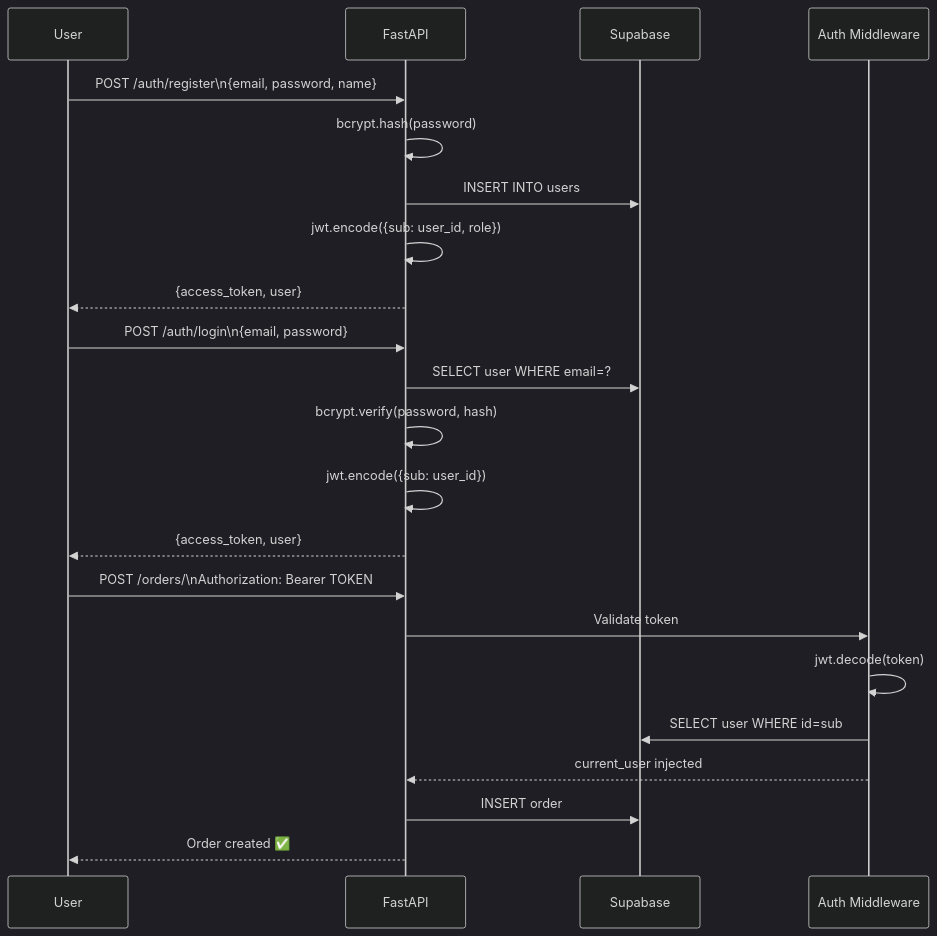
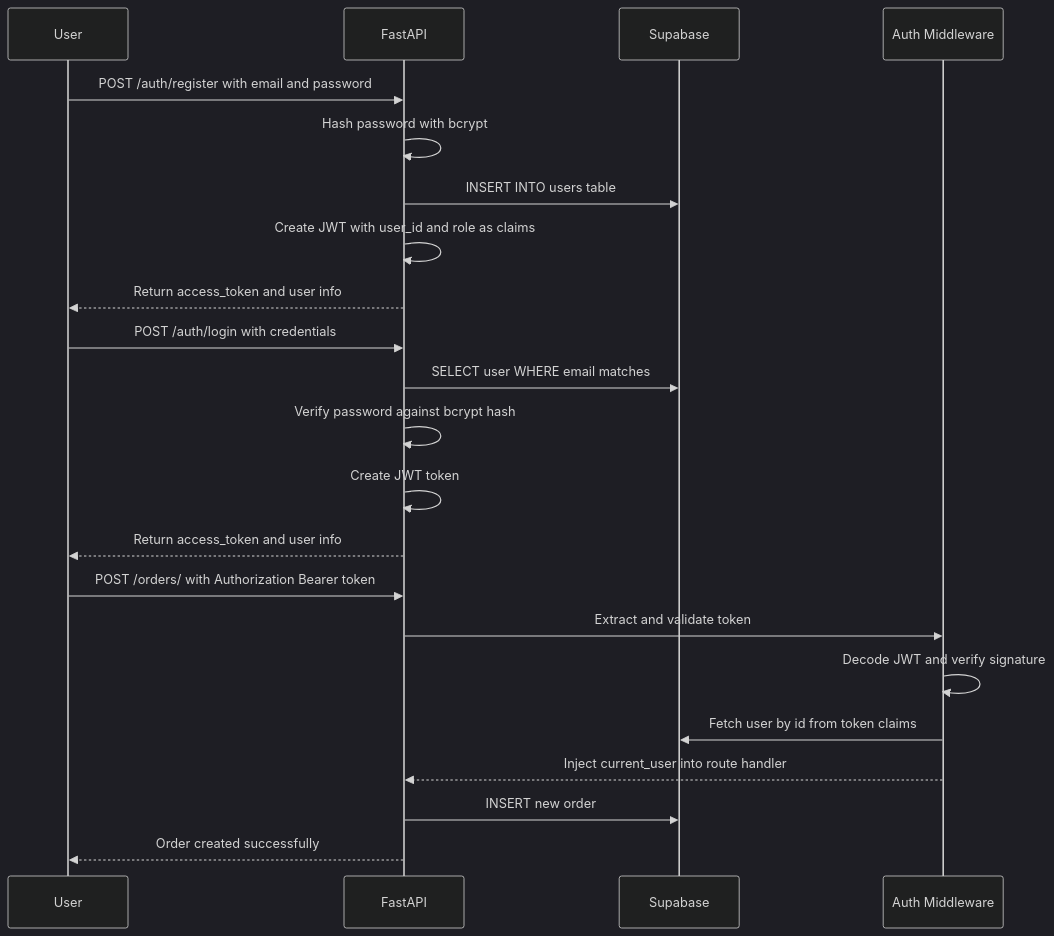
The eighth of 10 diagrams in README.md (RAJ-ARYAN-NITK/martensite), drawn with Mermaid (dark theme) before and after one commit. The commit also changed other lines of this file, not shown here.

````diff
--- a/README.md
+++ b/README.md
@@ -333,27 +303,27 @@
 ```mermaid
 sequenceDiagram
     participant U as User
     participant API as FastAPI
     participant DB as Supabase
     participant MW as Auth Middleware
 
-    U->>API: POST /auth/register\n{email, password, name}
-    API->>API: bcrypt.hash(password)
-    API->>DB: INSERT INTO users
-    API->>API: jwt.encode({sub: user_id, role})
-    API-->>U: {access_token, user}
+    U->>API: POST /auth/register with email and password
+    API->>API: Hash password with bcrypt
+    API->>DB: INSERT INTO users table
+    API->>API: Create JWT with user_id and role as claims
+    API-->>U: Return access_token and user info
 
-    U->>API: POST /auth/login\n{email, password}
-    API->>DB: SELECT user WHERE email=?
-    API->>API: bcrypt.verify(password, hash)
-    API->>API: jwt.encode({sub: user_id})
-    API-->>U: {access_token, user}
+    U->>API: POST /auth/login with credentials
+    API->>DB: SELECT user WHERE email matches
+    API->>API: Verify password against bcrypt hash
+    API->>API: Create JWT token
+    API-->>U: Return access_token and user info
 
-    U->>API: POST /orders/\nAuthorization: Bearer TOKEN
-    API->>MW: Validate token
-    MW->>MW: jwt.decode(token)
-    MW->>DB: SELECT user WHERE id=sub
-    MW-->>API: current_user injected
-    API->>DB: INSERT order
-    API-->>U: Order created ✅
+    U->>API: POST /orders/ with Authorization Bearer token
+    API->>MW: Extract and validate token
+    MW->>MW: Decode JWT and verify signature
+    MW->>DB: Fetch user by id from token claims
+    MW-->>API: Inject current_user into route handler
+    API->>DB: INSERT new order
+    API-->>U: Order created successfully
 ```
````
